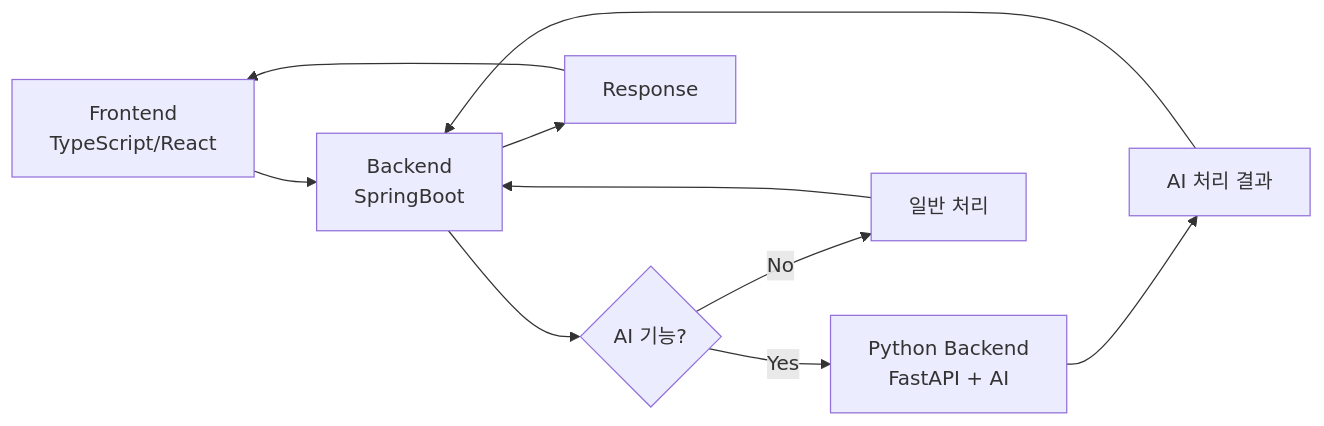
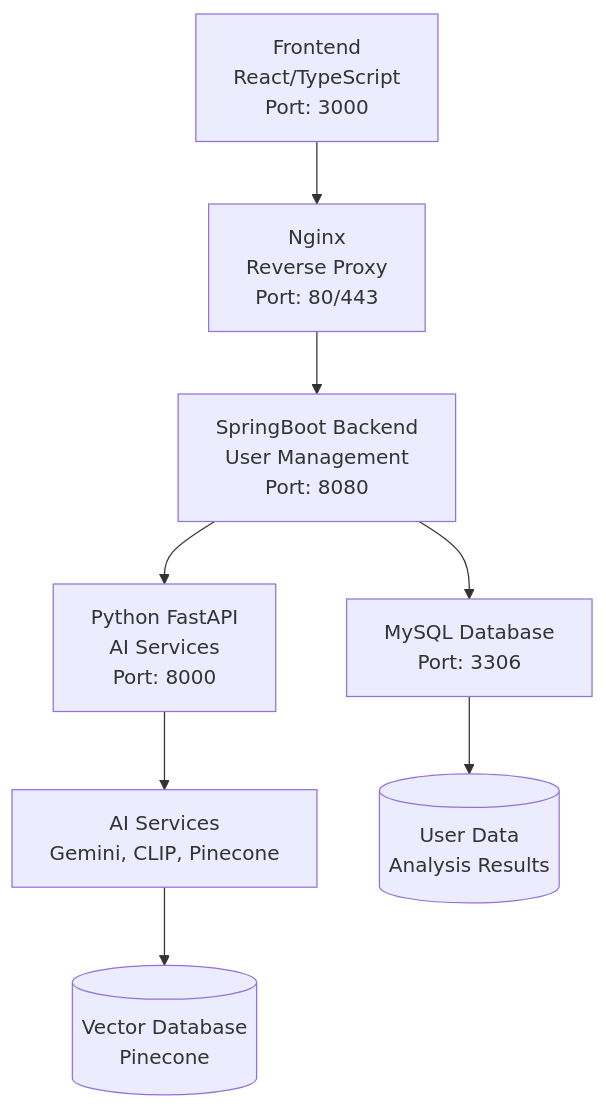
One commit to TeamDND/MOZARA changed the diagram in ReadMe.md. Above: the diagram before and after it, drawn with Mermaid. The commit also changed other lines of this file and 1 other file, not shown here.

````diff
--- a/ReadMe.md
+++ b/ReadMe.md
@@ -7,12 +7,10 @@
 ```mermaid
-graph LR
-    A[Frontend<br/>TypeScript/React] --> B[Backend<br/>SpringBoot]
-    B --> C{AI 기능?}
-    C -->|Yes| D[Python Backend<br/>FastAPI + AI]
-    C -->|No| E[일반 처리]
-    D --> F[AI 처리 결과]
-    F --> B
-    E --> B
-    B --> G[Response]
-    G --> A
+graph TB
+    A[Frontend<br/>React/TypeScript<br/>Port: 3000] --> B[Nginx<br/>Reverse Proxy<br/>Port: 80/443]
+    B --> C[SpringBoot Backend<br/>User Management<br/>Port: 8080]
+    C --> D[Python FastAPI<br/>AI Services<br/>Port: 8000]
+    C --> E[MySQL Database<br/>Port: 3306]
+    D --> F[AI Services<br/>Gemini, CLIP, Pinecone]
+    E --> G[(User Data<br/>Analysis Results)]
+    F --> H[(Vector Database<br/>Pinecone)]
 ```
````
